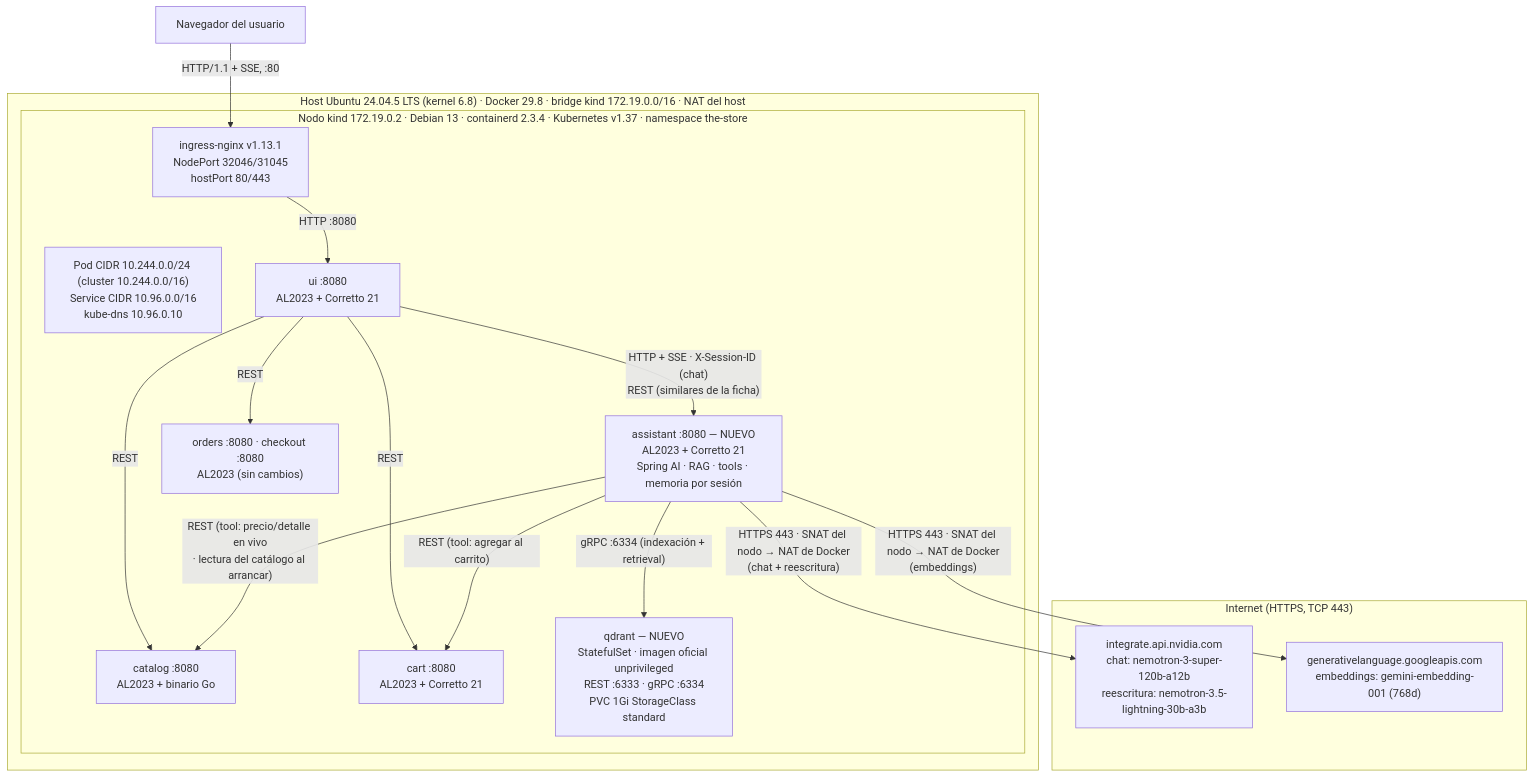
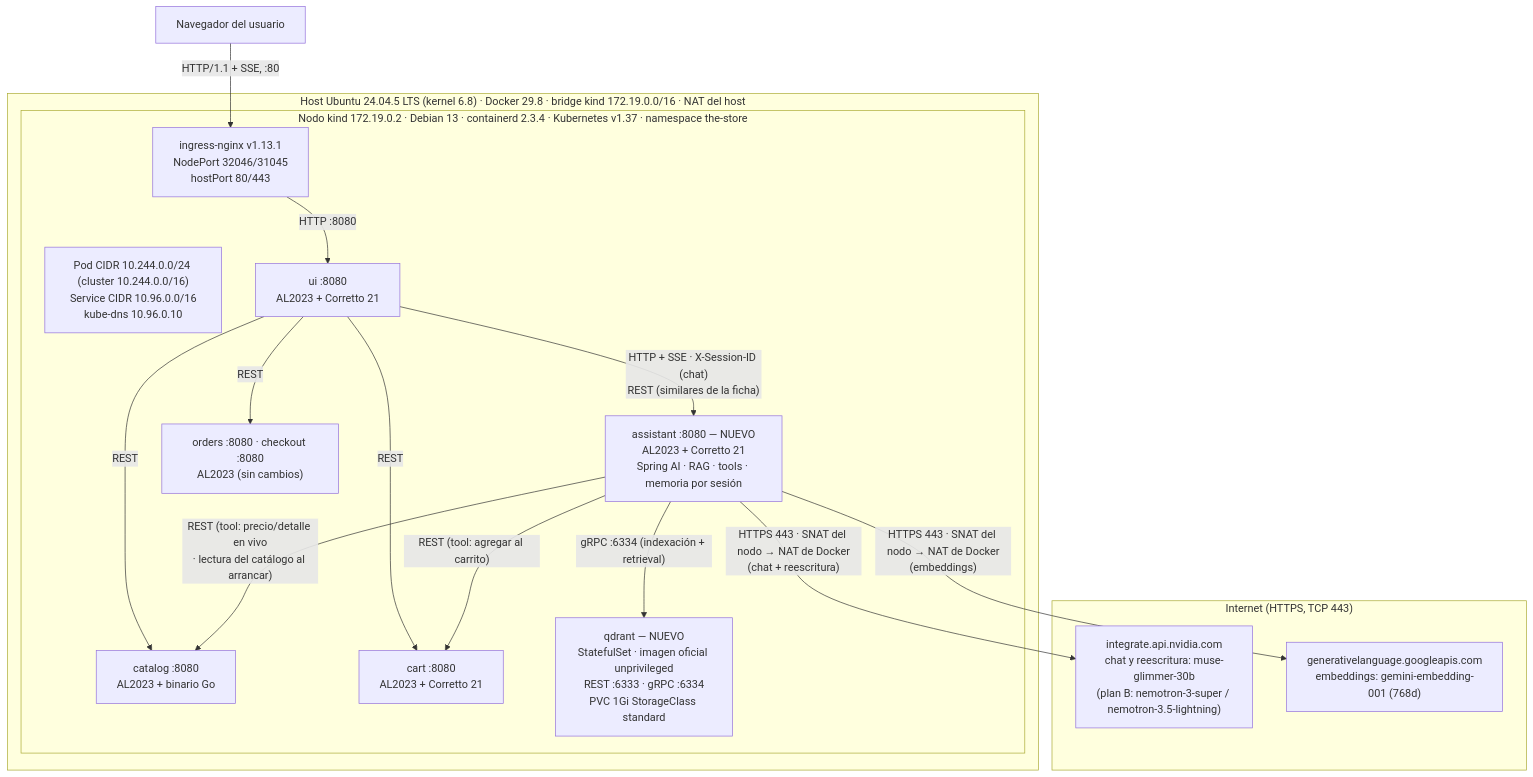
Before and after one commit to fardenghi/the-store-main: the diagram in docs/arquitectura.md, drawn with Mermaid. The commit also changed other lines of this file and 34 other files, not shown here.

First line of the commit message:
Adoptar muse-glimmer-30b en los dos roles, con Nemotron como plan B

````diff
--- a/docs/arquitectura.md
+++ b/docs/arquitectura.md
@@ -31,32 +31,32 @@
 ```mermaid
 flowchart TB
   U["Navegador del usuario"]
   subgraph INTERNET["Internet (HTTPS, TCP 443)"]
-    NVIDIA["integrate.api.nvidia.com<br/>chat: nemotron-3-super-120b-a12b<br/>reescritura: nemotron-3.5-lightning-30b-a3b"]
+    NVIDIA["integrate.api.nvidia.com<br/>chat y reescritura: muse-glimmer-30b<br/>(plan B: nemotron-3-super / nemotron-3.5-lightning)"]
     GEMINI["generativelanguage.googleapis.com<br/>embeddings: gemini-embedding-001 (768d)"]
   end
   subgraph HOST["Host Ubuntu 24.04.5 LTS (kernel 6.8) · Docker 29.8 · bridge kind 172.19.0.0/16 · NAT del host"]
     subgraph NODE["Nodo kind 172.19.0.2 · Debian 13 · containerd 2.3.4 · Kubernetes v1.37 · namespace the-store"]
       ING["ingress-nginx v1.13.1<br/>NodePort 32046/31045<br/>hostPort 80/443"]
       NET["Pod CIDR 10.244.0.0/24 (cluster 10.244.0.0/16)<br/>Service CIDR 10.96.0.0/16<br/>kube-dns 10.96.0.10"]
       UI["ui :8080<br/>AL2023 + Corretto 21"]
       ASSIST["assistant :8080 — NUEVO<br/>AL2023 + Corretto 21<br/>Spring AI · RAG · tools · memoria por sesión"]
       CATALOG["catalog :8080<br/>AL2023 + binario Go"]
       CART["cart :8080<br/>AL2023 + Corretto 21"]
       OTROS["orders :8080 · checkout :8080<br/>AL2023 (sin cambios)"]
       QDRANT["qdrant — NUEVO<br/>StatefulSet · imagen oficial unprivileged<br/>REST :6333 · gRPC :6334<br/>PVC 1Gi StorageClass standard"]
     end
   end
   U -- "HTTP/1.1 + SSE, :80" --> ING
   ING -- "HTTP :8080" --> UI
   ING ~~~ NET
   UI -- "REST" --> CATALOG
   UI -- "REST" --> CART
   UI -- "REST" --> OTROS
   UI -- "HTTP + SSE · X-Session-ID (chat)<br/>REST (similares de la ficha)" --> ASSIST
   ASSIST -- "REST (tool: precio/detalle en vivo<br/>· lectura del catálogo al arrancar)" --> CATALOG
   ASSIST -- "REST (tool: agregar al carrito)" --> CART
   ASSIST -- "gRPC :6334 (indexación + retrieval)" --> QDRANT
   ASSIST -- "HTTPS 443 · SNAT del nodo → NAT de Docker<br/>(chat + reescritura)" --> NVIDIA
   ASSIST -- "HTTPS 443 · SNAT del nodo → NAT de Docker<br/>(embeddings)" --> GEMINI
 ```
````
